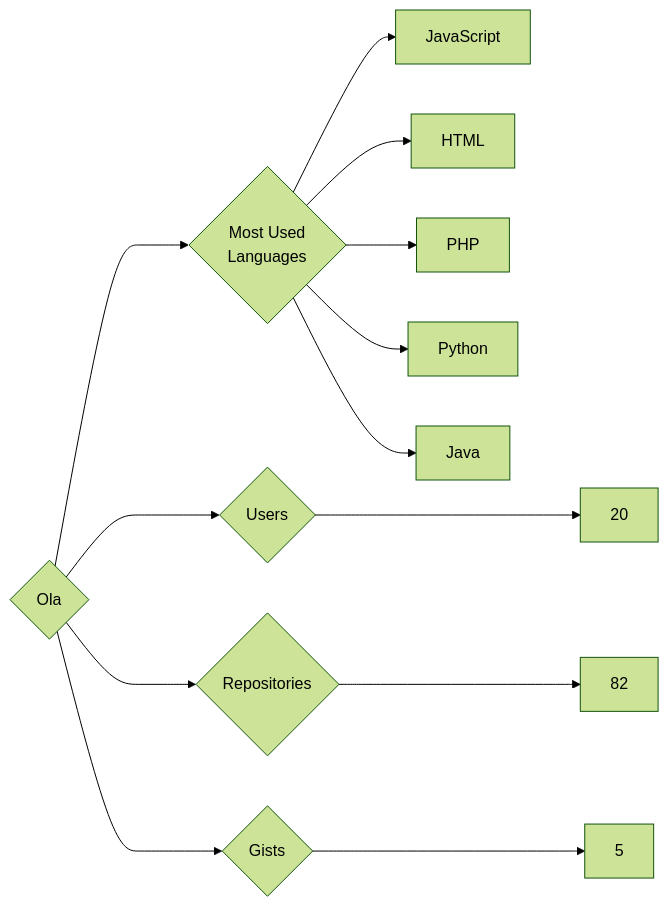
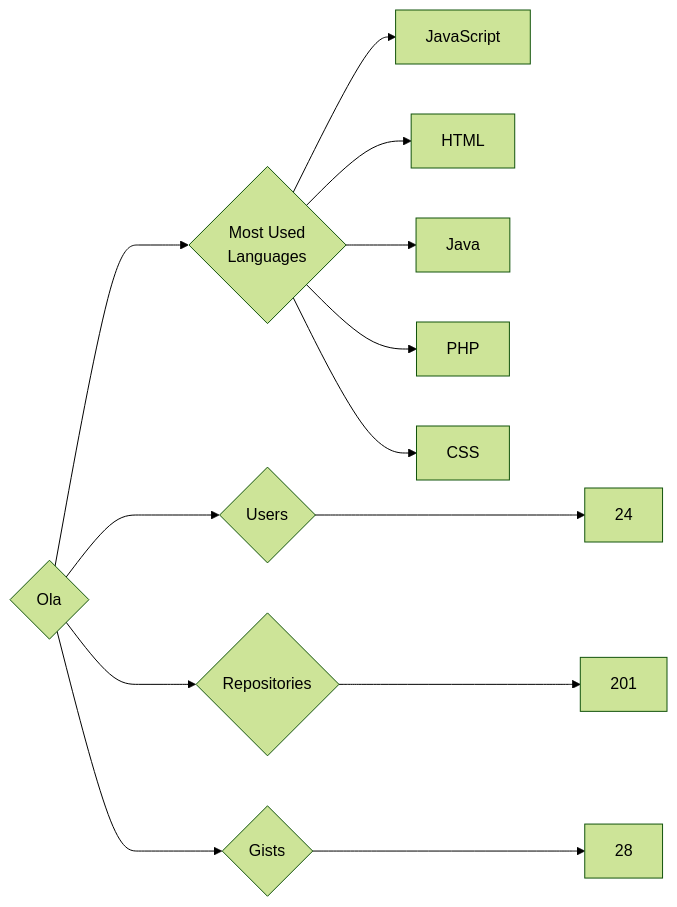
The diagram in targets/Ola/README.md (trickest/insiders), drawn with Mermaid (forest theme) before and after one commit. The commit also changed 939 other files, not shown here.

````diff
--- a/targets/Ola/README.md
+++ b/targets/Ola/README.md
@@ -3,13 +3,13 @@
 ```mermaid
 graph LR
 COMPANY_NAME{Ola}
-COMPANY_NAME ---> U{Users} ---> UN[20]
-COMPANY_NAME ---> R{Repositories} ---> RN[82]
-COMPANY_NAME ---> G{Gists} ---> GN[5]
+COMPANY_NAME ---> U{Users} ---> UN[24]
+COMPANY_NAME ---> R{Repositories} ---> RN[201]
+COMPANY_NAME ---> G{Gists} ---> GN[28]
 COMPANY_NAME ---> ML{Most Used<br>Languages}
 ML --> JavaScript[JavaScript]
 ML --> HTML[HTML]
+ML --> Java[Java]
 ML --> PHP[PHP]
-ML --> Python[Python]
-ML --> Java[Java]
+ML --> CSS[CSS]
 ```
````
